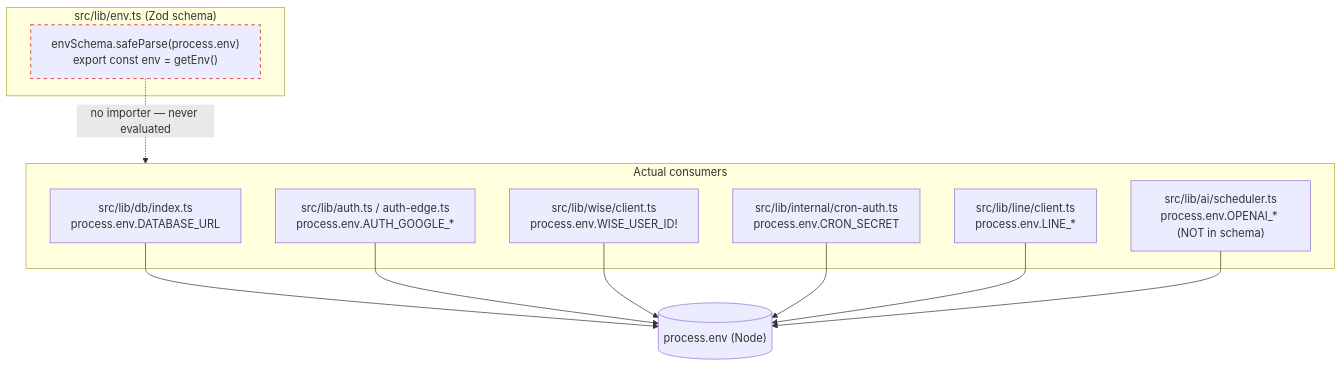
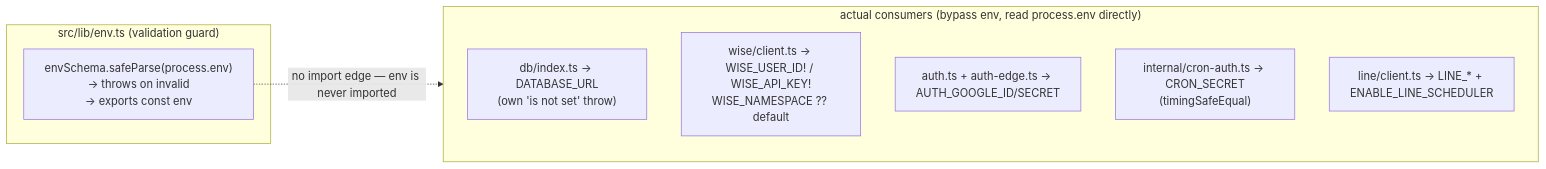
The first of 2 diagrams in docs/reference/env.md (kasheesh711/bgscheduler), drawn with Mermaid before and after one commit. The commit also changed other lines of this file and 63 other files, not shown here.

````diff
--- a/docs/reference/env.md
+++ b/docs/reference/env.md
@@ -66,18 +31,14 @@
 ```mermaid
-flowchart TD
-  subgraph declared["src/lib/env.ts (Zod schema)"]
-    Z["envSchema.safeParse(process.env)\nexport const env = getEnv()"]
+flowchart LR
+  subgraph schema["src/lib/env.ts (validation guard)"]
+    Z["envSchema.safeParse(process.env)\n→ throws on invalid\n→ exports const env"]
   end
-  subgraph consumers["Actual consumers"]
-    A["src/lib/db/index.ts\nprocess.env.DATABASE_URL"]
-    B["src/lib/auth.ts / auth-edge.ts\nprocess.env.AUTH_GOOGLE_*"]
-    C["src/lib/wise/client.ts\nprocess.env.WISE_USER_ID!"]
-    D["src/lib/internal/cron-auth.ts\nprocess.env.CRON_SECRET"]
-    E["src/lib/line/client.ts\nprocess.env.LINE_*"]
-    F["src/lib/ai/scheduler.ts\nprocess.env.OPENAI_* (NOT in schema)"]
+  subgraph consumers["actual consumers (bypass env, read process.env directly)"]
+    DB["db/index.ts → DATABASE_URL\n(own 'is not set' throw)"]
+    W["wise/client.ts → WISE_USER_ID! / WISE_API_KEY!\nWISE_NAMESPACE ?? default"]
+    A["auth.ts + auth-edge.ts → AUTH_GOOGLE_ID/SECRET"]
+    C["internal/cron-auth.ts → CRON_SECRET\n(timingSafeEqual)"]
+    L["line/client.ts → LINE_* + ENABLE_LINE_SCHEDULER"]
   end
-  Z -. "no importer — never evaluated" .-> consumers
-  A & B & C & D & E & F --> PE[("process.env (Node)")]
-  classDef dead stroke-dasharray: 5 5,stroke:#c00;
-  class Z dead;
+  Z -. "no import edge — env is never imported" .-> consumers
 ```
````
